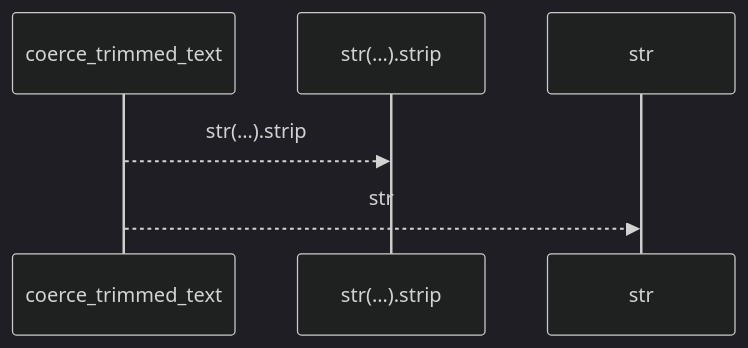
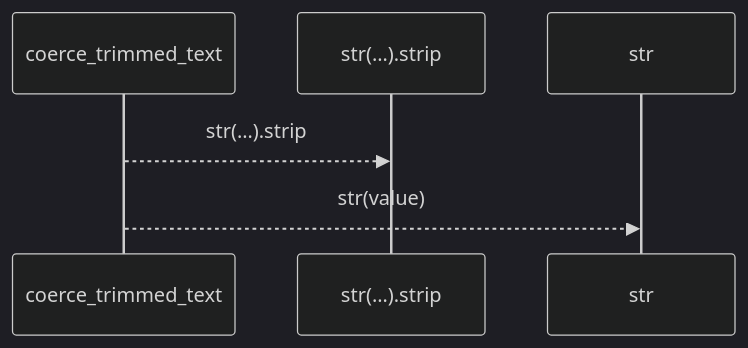
The first of 2 diagrams in docs/llm_wiki/flows/api-coerce_trimmed_text.md (Denissvgn/python-wiki-llm), drawn with Mermaid (dark theme) before and after one commit. The commit also changed other lines of this file and 1410 other files, not shown here.

````diff
--- a/docs/llm_wiki/flows/api-coerce_trimmed_text.md
+++ b/docs/llm_wiki/flows/api-coerce_trimmed_text.md
@@ -10,8 +12,8 @@
 ```mermaid
 sequenceDiagram
     participant p0 as coerce_trimmed_text
     participant p1 as str(…).strip
     participant p2 as str
     p0-->>p1: str(…).strip
-    p0-->>p2: str
+    p0-->>p2: str(value)
 ```
````
